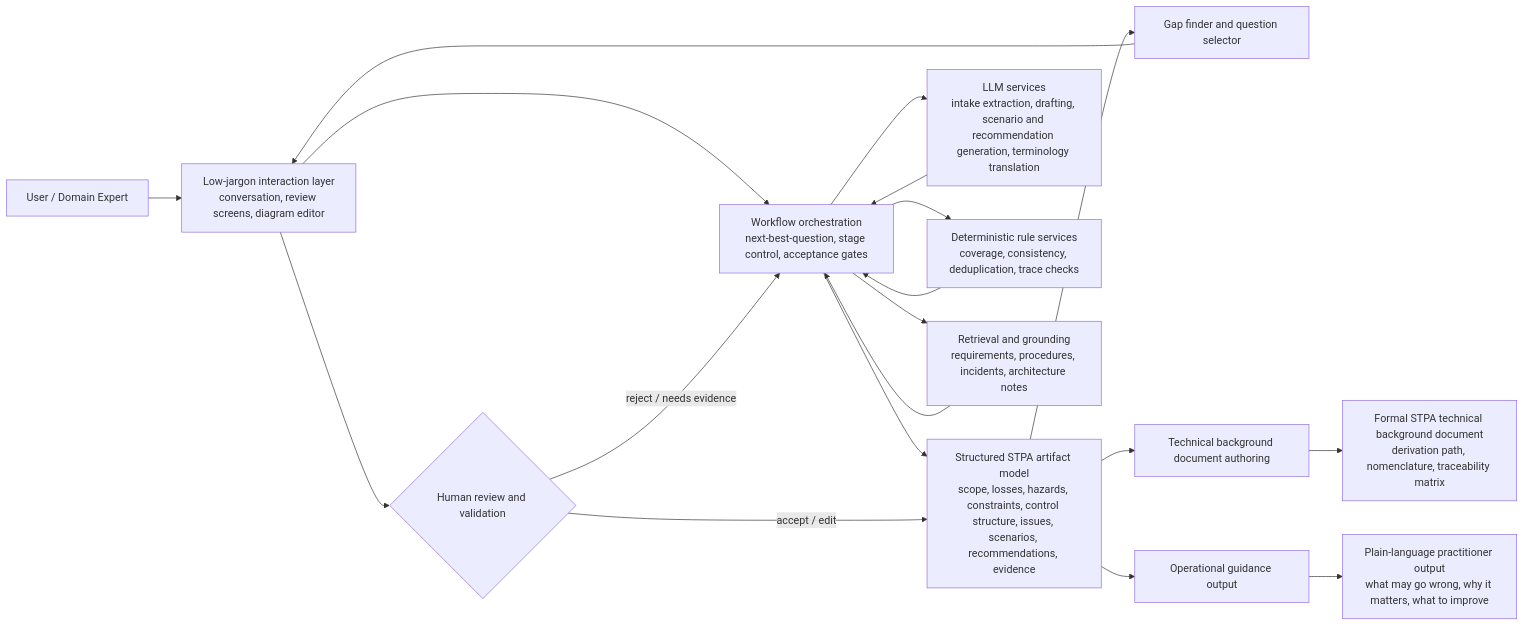
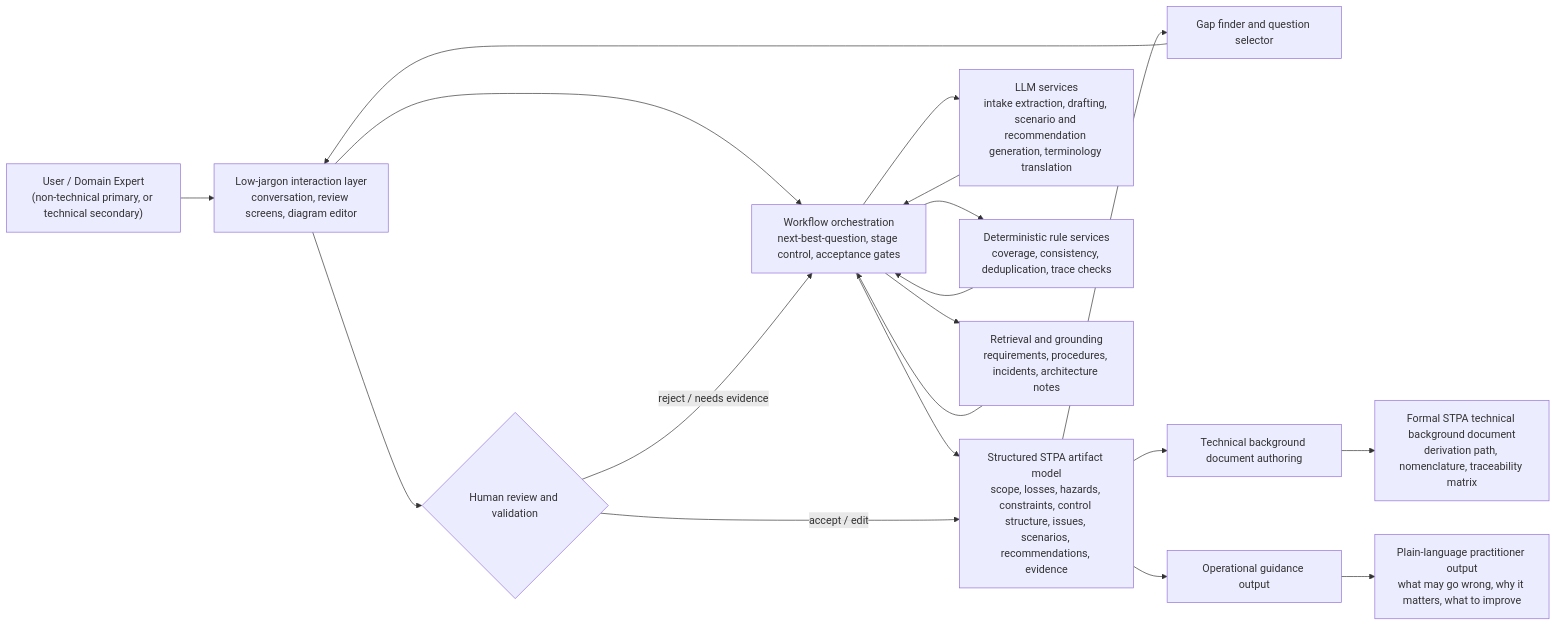
Before and after one commit to ccabos/systems: the diagram in projects/agent-skill/stpa_copilot_planning_document.md, drawn with Mermaid. The commit also changed other lines of this file, not shown here.

First line of the commit message:
Update stpa_copilot_planning_document user profile

````diff
--- a/projects/agent-skill/stpa_copilot_planning_document.md
+++ b/projects/agent-skill/stpa_copilot_planning_document.md
@@ -14,28 +14,28 @@
 ```mermaid
 flowchart LR
-    U["User / Domain Expert"] --> UX["Low-jargon interaction layer\nconversation, review screens, diagram editor"]
+    U["User / Domain Expert\n(non-technical primary, or technical secondary)"] --> UX["Low-jargon interaction layer\nconversation, review screens, diagram editor"]
 
     UX --> ORCH["Workflow orchestration\nnext-best-question, stage control, acceptance gates"]
 
     ORCH --> ART["Structured STPA artifact model\nscope, losses, hazards, constraints, control structure, issues, scenarios, recommendations, evidence"]
 
     ART --> QSEL["Gap finder and question selector"]
     ART --> DOC["Technical background document authoring"]
     ART --> OPS["Operational guidance output"]
 
     ORCH --> LLM["LLM services\nintake extraction, drafting, scenario and recommendation generation, terminology translation"]
     ORCH --> RULES["Deterministic rule services\ncoverage, consistency, deduplication, trace checks"]
     ORCH --> RET["Retrieval and grounding\nrequirements, procedures, incidents, architecture notes"]
 
     QSEL --> UX
     LLM --> ORCH
     RULES --> ORCH
     RET --> ORCH
 
     UX --> REVIEW{"Human review and validation"}
     REVIEW -->|accept / edit| ART
     REVIEW -->|reject / needs evidence| ORCH
 
     OPS --> OUT1["Plain-language practitioner output\nwhat may go wrong, why it matters, what to improve"]
     DOC --> OUT2["Formal STPA technical background document\nderivation path, nomenclature, traceability matrix"]
 ```
````
